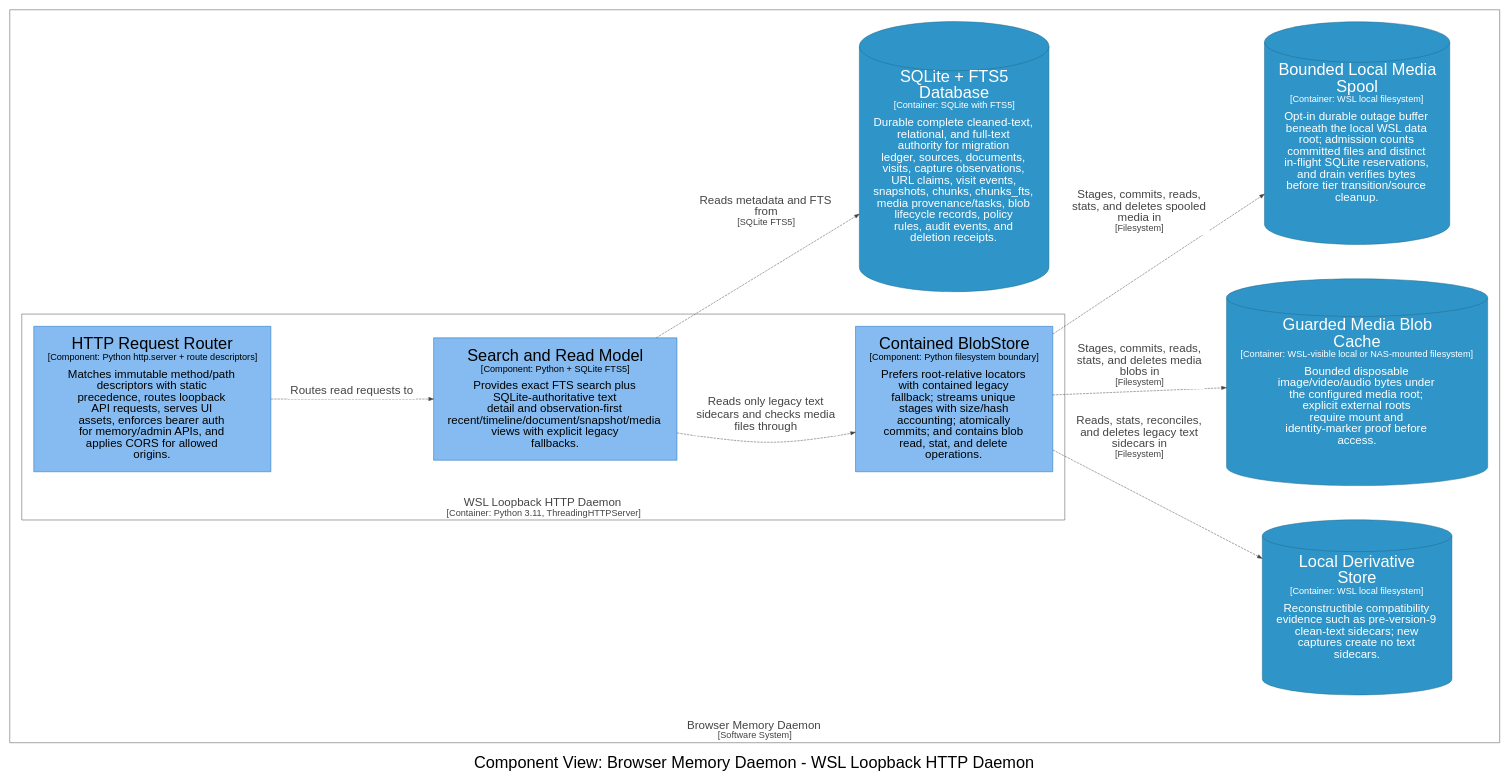
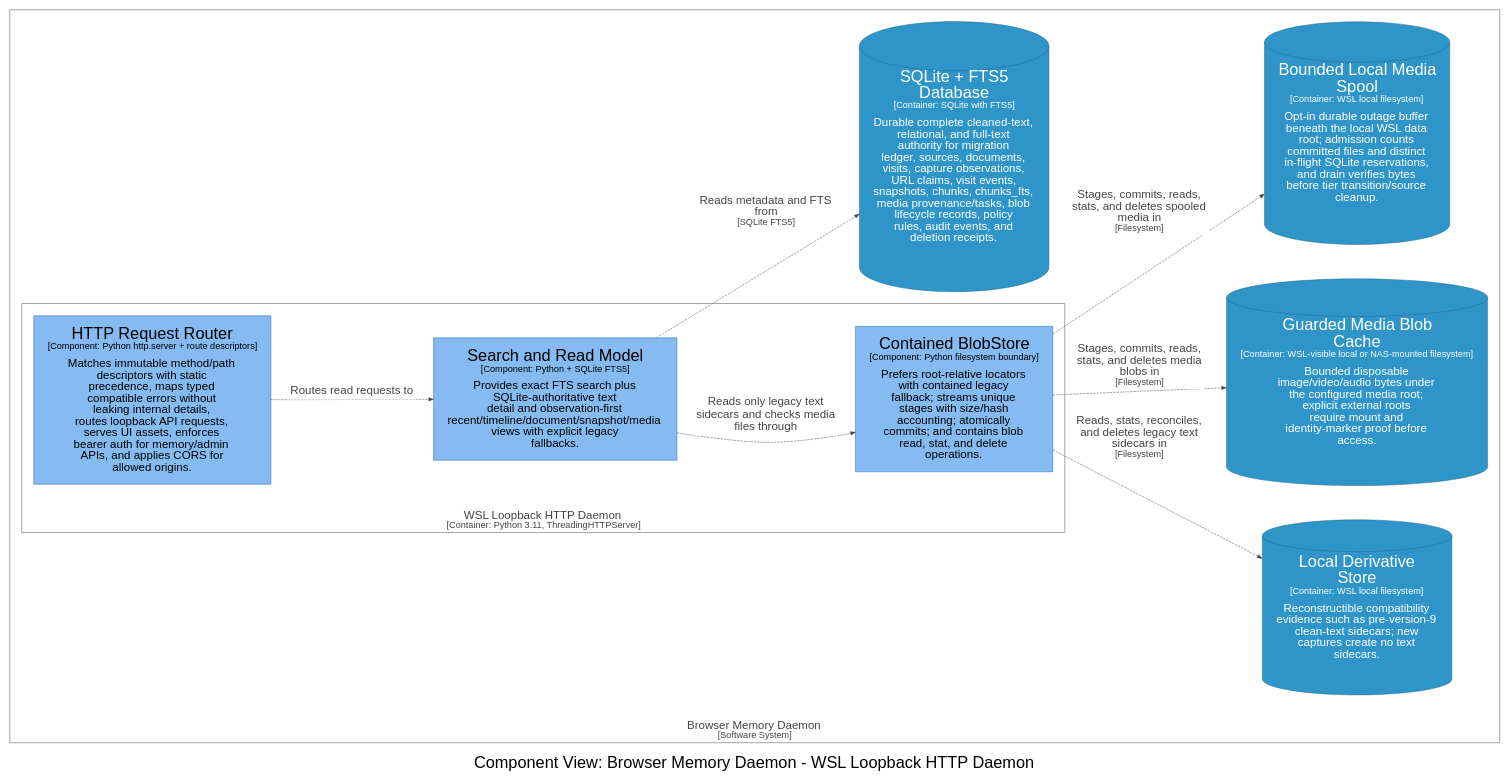
Before and after one commit to michaelnicks0/browser-memory-daemon: the diagram in docs/architecture/diagrams/dot/structurizr-DaemonReadComponents.dot, drawn with Graphviz. The commit also changed 95 other files, not shown here.

Commit message:
refactor(http): add typed compatible errors

```diff
--- a/docs/architecture/diagrams/dot/structurizr-DaemonReadComponents.dot
+++ b/docs/architecture/diagrams/dot/structurizr-DaemonReadComponents.dot
@@ -1,42 +1,42 @@
 digraph {
   compound=true
   graph [fontname="Arial", rankdir=LR, ranksep=1.0, nodesep=1.0]
   node [fontname="Arial", shape=box, margin="0.4,0.3"]
   edge [fontname="Arial"]
   label=<<br /><font point-size="34">Component View: Browser Memory Daemon - WSL Loopback HTTP Daemon</font>>
 
   subgraph cluster_4 {
     margin=25
     label=<<font point-size="24"><br />Browser Memory Daemon</font><br /><font point-size="19">[Software System]</font>>
     labelloc=b
     color="#444444"
     fontcolor="#444444"
     fillcolor="#444444"
 
     subgraph cluster_22 {
       margin=25
       label=<<font point-size="24"><br />WSL Loopback HTTP Daemon</font><br /><font point-size="19">[Container: Python 3.11, ThreadingHTTPServer]</font>>
       labelloc=b
       color="#444444"
       fontcolor="#444444"
       fillcolor="#444444"
 
-      23 [id=23,shape=rect, label=<<font point-size="34">HTTP Request Router</font><br /><font point-size="19">[Component: Python http.server + route descriptors]</font><br /><br /><font point-size="24">Matches immutable method/path<br />descriptors with static<br />precedence, routes loopback<br />API requests, serves UI<br />assets, enforces bearer auth<br />for memory/admin APIs, and<br />applies CORS for allowed<br />origins.</font>>, style=filled, color="#1168bd", fillcolor="#85bbf0", fontcolor="#000000"]
+      23 [id=23,shape=rect, label=<<font point-size="34">HTTP Request Router</font><br /><font point-size="19">[Component: Python http.server + route descriptors]</font><br /><br /><font point-size="24">Matches immutable method/path<br />descriptors with static<br />precedence, maps typed<br />compatible errors without<br />leaking internal details,<br />routes loopback API requests,<br />serves UI assets, enforces<br />bearer auth for memory/admin<br />APIs, and applies CORS for<br />allowed origins.</font>>, style=filled, color="#1168bd", fillcolor="#85bbf0", fontcolor="#000000"]
       38 [id=38,shape=rect, label=<<font point-size="34">Contained BlobStore</font><br /><font point-size="19">[Component: Python filesystem boundary]</font><br /><br /><font point-size="24">Prefers root-relative locators<br />with contained legacy<br />fallback; streams unique<br />stages with size/hash<br />accounting; atomically<br />commits; and contains blob<br />read, stat, and delete<br />operations.</font>>, style=filled, color="#1168bd", fillcolor="#85bbf0", fontcolor="#000000"]
       40 [id=40,shape=rect, label=<<font point-size="34">Search and Read Model</font><br /><font point-size="19">[Component: Python + SQLite FTS5]</font><br /><br /><font point-size="24">Provides exact FTS search plus<br />SQLite-authoritative text<br />detail and observation-first<br />recent/timeline/document/snapshot/media<br />views with explicit legacy<br />fallbacks.</font>>, style=filled, color="#1168bd", fillcolor="#85bbf0", fontcolor="#000000"]
     }
 
     47 [id=47,shape=cylinder, label=<<font point-size="34">SQLite + FTS5<br />Database</font><br /><font point-size="19">[Container: SQLite with FTS5]</font><br /><br /><font point-size="24">Durable complete cleaned-text,<br />relational, and full-text<br />authority for migration<br />ledger, sources, documents,<br />visits, capture observations,<br />URL claims, visit events,<br />snapshots, chunks, chunks_fts,<br />media provenance/tasks, blob<br />lifecycle records, policy<br />rules, audit events, and<br />deletion receipts.</font>>, style=filled, color="#20688c", fillcolor="#2f95c8", fontcolor="#ffffff"]
     48 [id=48,shape=cylinder, label=<<font point-size="34">Local Derivative<br />Store</font><br /><font point-size="19">[Container: WSL local filesystem]</font><br /><br /><font point-size="24">Reconstructible compatibility<br />evidence such as pre-version-9<br />clean-text sidecars; new<br />captures create no text<br />sidecars.</font>>, style=filled, color="#20688c", fillcolor="#2f95c8", fontcolor="#ffffff"]
     49 [id=49,shape=cylinder, label=<<font point-size="34">Guarded Media Blob<br />Cache</font><br /><font point-size="19">[Container: WSL-visible local or NAS-mounted filesystem]</font><br /><br /><font point-size="24">Bounded disposable<br />image/video/audio bytes under<br />the configured media root;<br />explicit external roots<br />require mount and<br />identity-marker proof before<br />access.</font>>, style=filled, color="#20688c", fillcolor="#2f95c8", fontcolor="#ffffff"]
     50 [id=50,shape=cylinder, label=<<font point-size="34">Bounded Local Media<br />Spool</font><br /><font point-size="19">[Container: WSL local filesystem]</font><br /><br /><font point-size="24">Opt-in durable outage buffer<br />beneath the local WSL data<br />root; admission counts<br />committed files and distinct<br />in-flight SQLite reservations,<br />and drain verifies bytes<br />before tier transition/source<br />cleanup.</font>>, style=filled, color="#20688c", fillcolor="#2f95c8", fontcolor="#ffffff"]
   }
 
   23 -> 40 [id=120, label=<<TABLE BORDER="0" CELLBORDER="0" CELLSPACING="0" CELLPADDING="4" BGCOLOR="white"><TR><TD><font point-size="24">Routes read requests to</font></TD></TR></TABLE>>, style="dashed", color="#444444", fontcolor="#444444"]
   40 -> 47 [id=149, label=<<TABLE BORDER="0" CELLBORDER="0" CELLSPACING="0" CELLPADDING="4" BGCOLOR="white"><TR><TD><font point-size="24">Reads metadata and FTS<br />from</font><br /><font point-size="19">[SQLite FTS5]</font></TD></TR></TABLE>>, style="dashed", color="#444444", fontcolor="#444444"]
   40 -> 38 [id=150, label=<<TABLE BORDER="0" CELLBORDER="0" CELLSPACING="0" CELLPADDING="4" BGCOLOR="white"><TR><TD><font point-size="24">Reads only legacy text<br />sidecars and checks media<br />files through</font></TD></TR></TABLE>>, style="dashed", color="#444444", fontcolor="#444444"]
   38 -> 48 [id=155, label=<<TABLE BORDER="0" CELLBORDER="0" CELLSPACING="0" CELLPADDING="4" BGCOLOR="white"><TR><TD><font point-size="24">Reads, stats, reconciles,<br />and deletes legacy text<br />sidecars in</font><br /><font point-size="19">[Filesystem]</font></TD></TR></TABLE>>, style="dashed", color="#444444", fontcolor="#444444"]
   38 -> 49 [id=156, label=<<TABLE BORDER="0" CELLBORDER="0" CELLSPACING="0" CELLPADDING="4" BGCOLOR="white"><TR><TD><font point-size="24">Stages, commits, reads,<br />stats, and deletes media<br />blobs in</font><br /><font point-size="19">[Filesystem]</font></TD></TR></TABLE>>, style="dashed", color="#444444", fontcolor="#444444"]
   38 -> 50 [id=157, label=<<TABLE BORDER="0" CELLBORDER="0" CELLSPACING="0" CELLPADDING="4" BGCOLOR="white"><TR><TD><font point-size="24">Stages, commits, reads,<br />stats, and deletes spooled<br />media in</font><br /><font point-size="19">[Filesystem]</font></TD></TR></TABLE>>, style="dashed", color="#444444", fontcolor="#444444"]
 
 }
```
